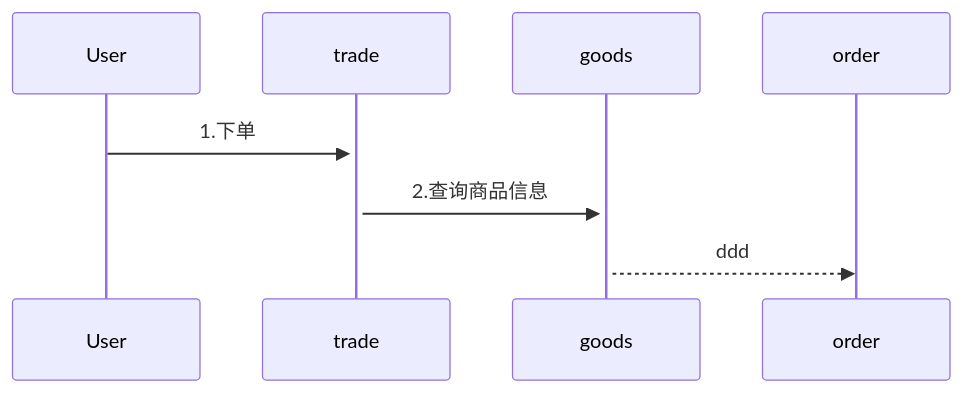
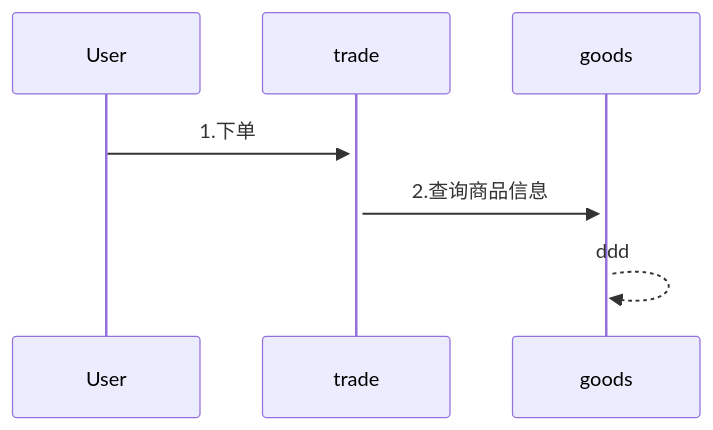
The diagram in all/未命名-6.md (yingjianzh/iodraw-files), drawn with Mermaid before and after one commit.

Commit message:
2024-08-19 15:01:05 update

````diff
--- a/all/未命名-6.md
+++ b/all/未命名-6.md
@@ -1,6 +1,6 @@
 ```mermaid
 sequenceDiagram
     User->>+trade: 1.下单
     trade->>+goods: 2.查询商品信息
-    goods-->>order: ddd
+    goods-->>+goods: ddd
 ```
````
